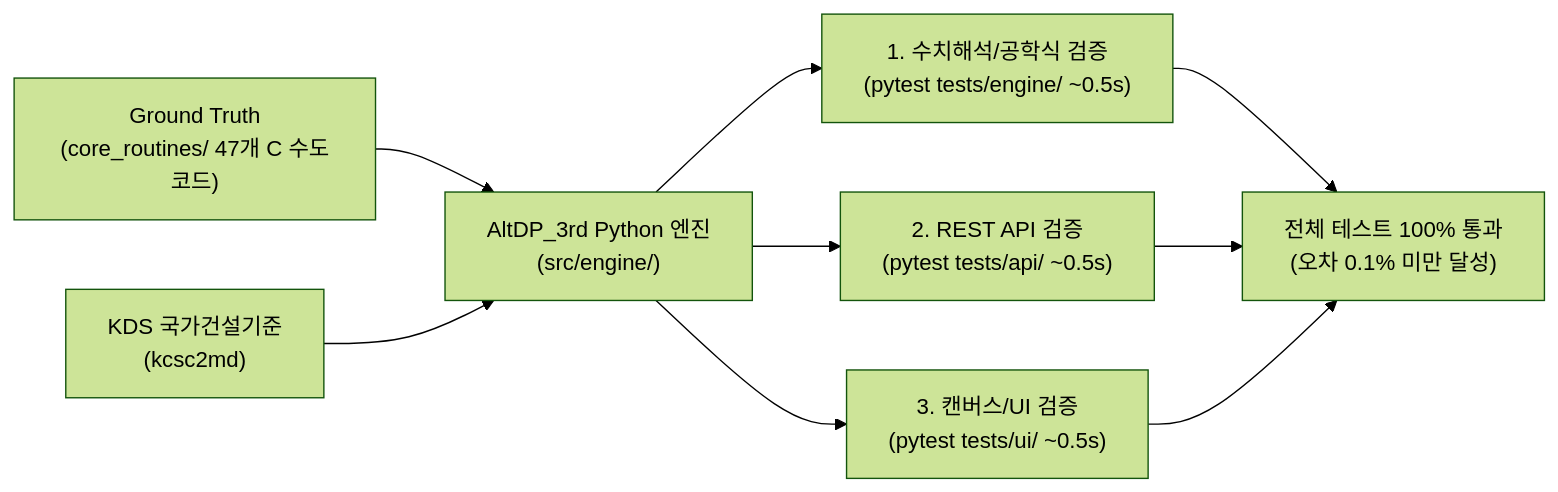
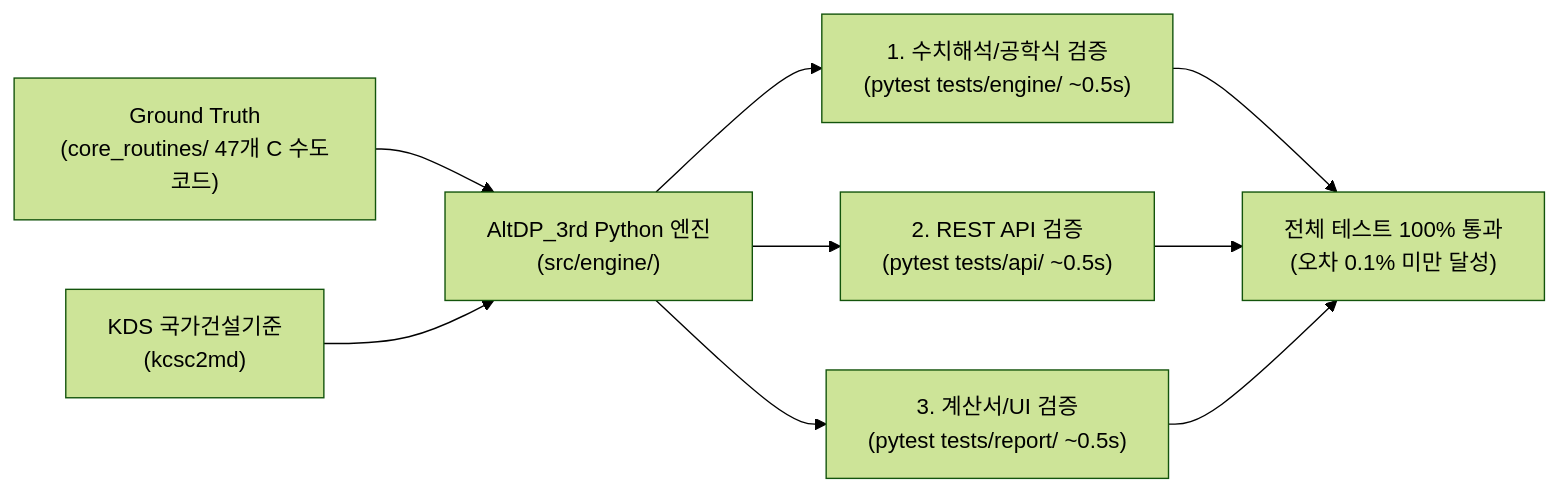
Before and after one commit to zlkiki/AltDP_3rd: the second of 2 diagrams in docs/12_full_feature_porting_master_plan.md, drawn with Mermaid (forest theme). The commit also changed other lines of this file and 237 other files, not shown here.

````diff
--- a/docs/12_full_feature_porting_master_plan.md
+++ b/docs/12_full_feature_porting_master_plan.md
@@ -217,9 +220,9 @@
 ```mermaid
 flowchart LR
     C_SRC["Ground Truth<br>(core_routines/ 47개 C 수도코드)"] --> PY_ENG["AltDP_3rd Python 엔진<br>(src/engine/)"]
     KDS["KDS 국가건설기준<br>(kcsc2md)"] --> PY_ENG
     PY_ENG --> T1["1. 수치해석/공학식 검증<br>(pytest tests/engine/ ~0.5s)"]
     PY_ENG --> T2["2. REST API 검증<br>(pytest tests/api/ ~0.5s)"]
-    PY_ENG --> T3["3. 캔버스/UI 검증<br>(pytest tests/ui/ ~0.5s)"]
+    PY_ENG --> T3["3. 계산서/UI 검증<br>(pytest tests/report/ ~0.5s)"]
     T1 & T2 & T3 --> PASS["전체 테스트 100% 통과<br>(오차 0.1% 미만 달성)"]
 ```
````
